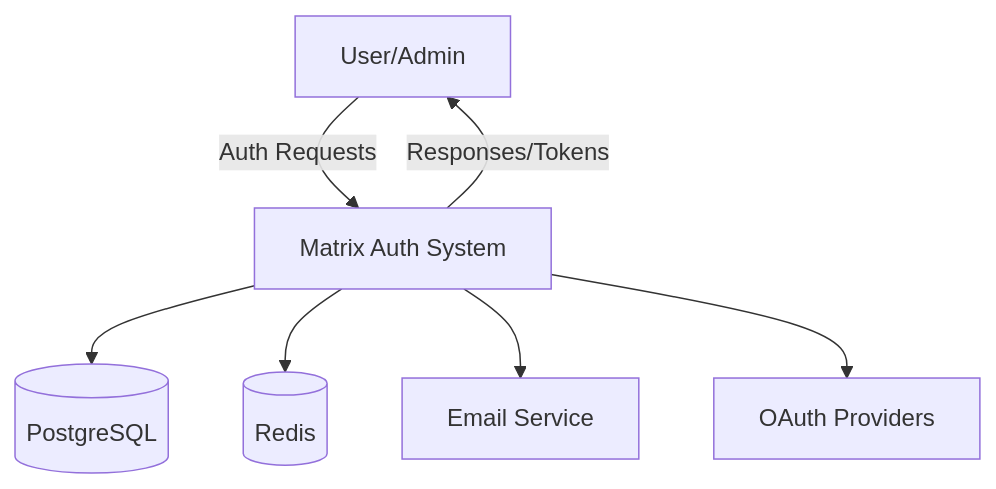
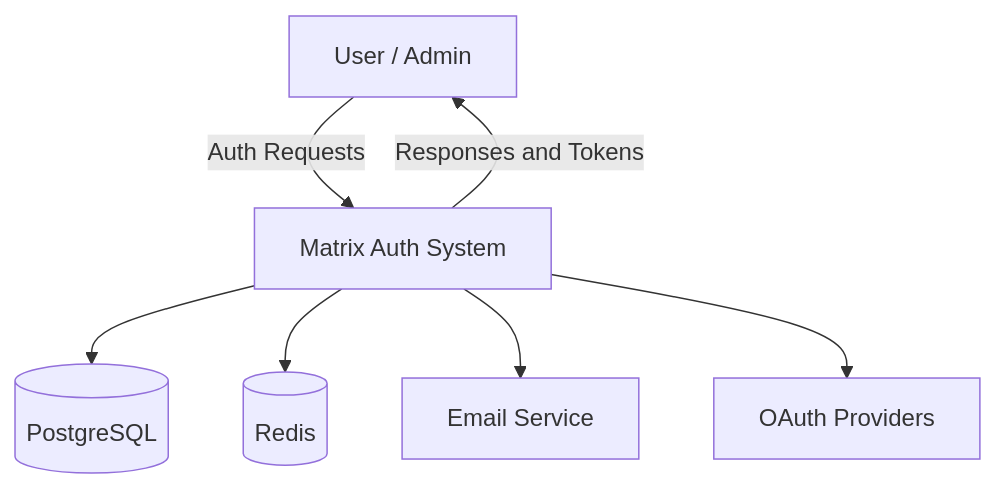
One commit to himanshugupta91/Full-Stack-Authentication-System changed the second of 12 diagrams in README.md. Above: the diagram before and after it, drawn with Mermaid. The commit also changed other lines of this file, not shown here.

Commit message:
Rewrite all 12 mermaid diagrams from scratch with plain GitHub-compatible syntax

````diff
--- a/README.md
+++ b/README.md
@@ -165,9 +154,9 @@
 ```mermaid
-flowchart TD
-    User[User/Admin] -->|Auth Requests| System[Matrix Auth System]
-    System -->|Responses/Tokens| User
-    System --> DB[(PostgreSQL)]
-    System --> Cache[(Redis)]
-    System --> Mail[Email Service]
-    System --> OAuth[OAuth Providers]
+graph TD
+    A[User / Admin] -->|Auth Requests| B[Matrix Auth System]
+    B -->|Responses and Tokens| A
+    B --> C[(PostgreSQL)]
+    B --> D[(Redis)]
+    B --> E[Email Service]
+    B --> F[OAuth Providers]
 ```
````
